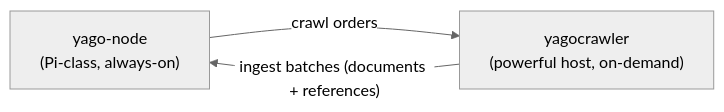
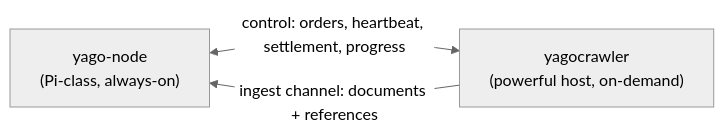
One commit to D4rk4/yago changed the diagram in yagocrawler/README.md. Above: the diagram before and after it, drawn with Mermaid (neutral theme). The commit also changed other lines of this file and 114 other files, not shown here.

````diff
--- a/yagocrawler/README.md
+++ b/yagocrawler/README.md
@@ -24,7 +24,7 @@
 ```mermaid
 flowchart LR
     node["yago-node<br/>(Pi-class, always-on)"]
     crawler["yagocrawler<br/>(powerful host, on-demand)"]
-    node -- crawl orders --> crawler
-    crawler -- "ingest batches (documents + references)" --> node
+    node <-->|control: orders, heartbeat, settlement, progress| crawler
+    crawler -- "ingest channel: documents + references" --> node
 ```
````
